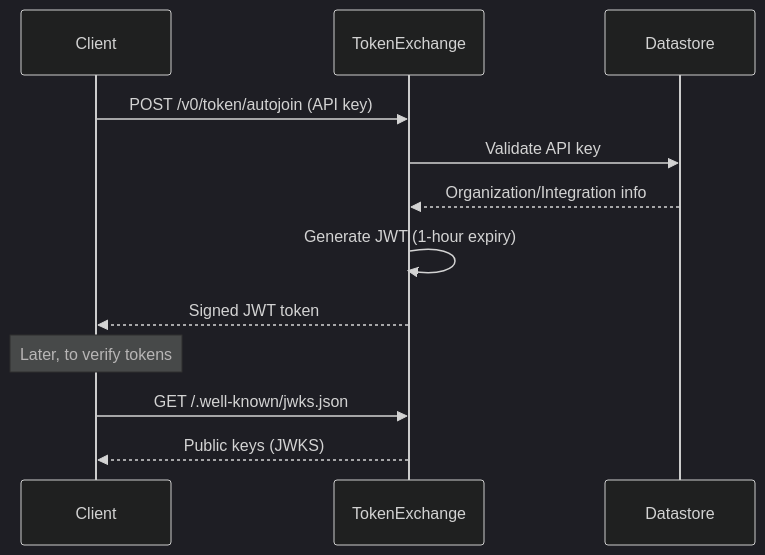
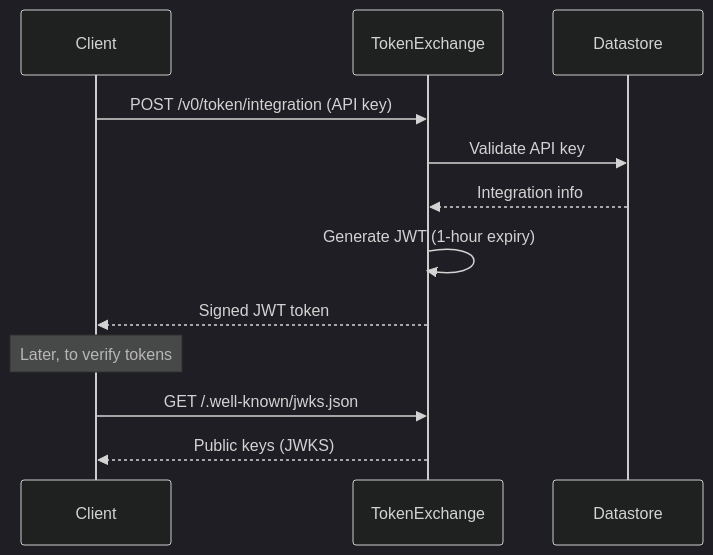
One commit to m-lab/token-exchange changed the diagram in README.md. Above: the diagram before and after it, drawn with Mermaid (dark theme).

Commit message:
docs: update token flow diagram to show integration endpoint

````diff
--- a/README.md
+++ b/README.md
@@ -84,16 +84,16 @@
 ```mermaid
 sequenceDiagram
     participant Client
     participant TokenExchange
     participant Datastore
 
-    Client->>TokenExchange: POST /v0/token/autojoin (API key)
+    Client->>TokenExchange: POST /v0/token/integration (API key)
     TokenExchange->>Datastore: Validate API key
-    Datastore-->>TokenExchange: Organization/Integration info
+    Datastore-->>TokenExchange: Integration info
     TokenExchange->>TokenExchange: Generate JWT (1-hour expiry)
     TokenExchange-->>Client: Signed JWT token
 
     Note over Client: Later, to verify tokens
     Client->>TokenExchange: GET /.well-known/jwks.json
     TokenExchange-->>Client: Public keys (JWKS)
 ```
````
